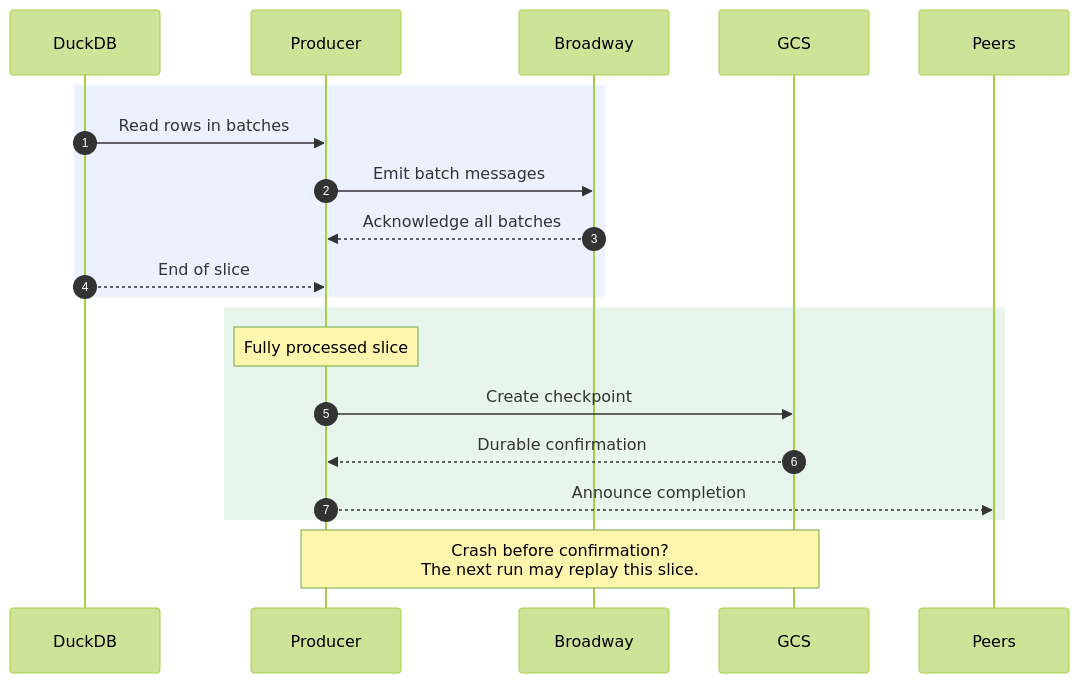
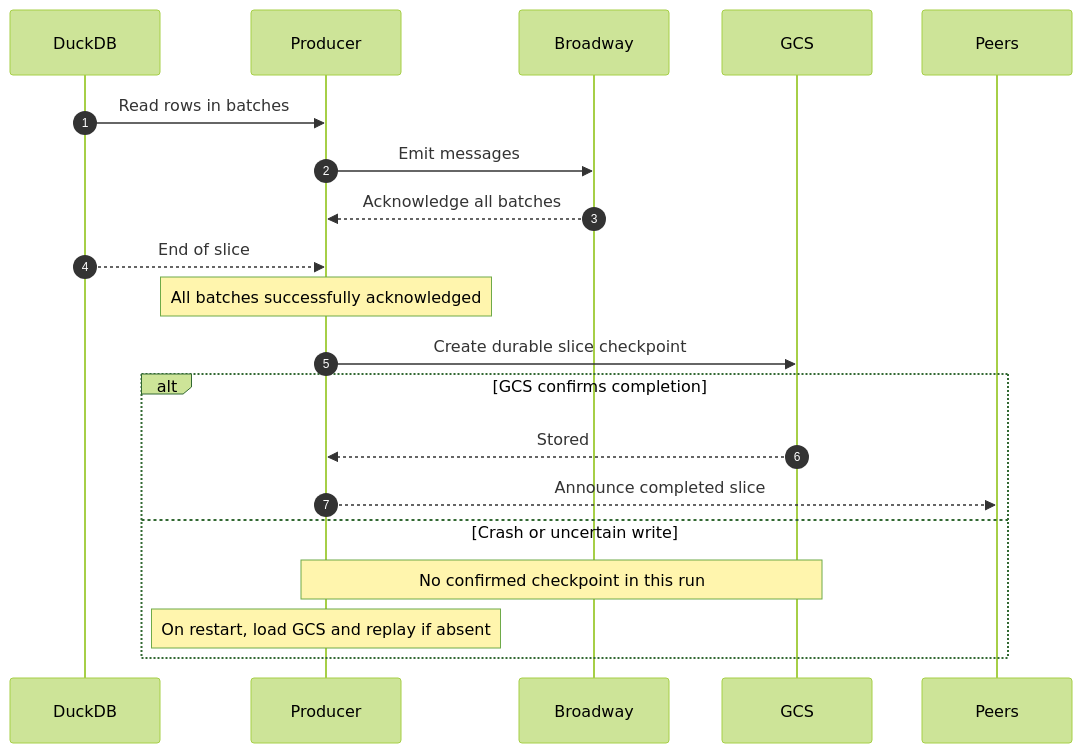
Before and after one commit to efcasado/off_broadway_iceberg: the fourth of 5 diagrams in guides/iceberg-and-duckdb.md, drawn with Mermaid (forest theme). The commit also changed other lines of this file, not shown here.

Commit message:
docs: clarify Mermaid data flow and independent slice readers

````diff
--- a/guides/iceberg-and-duckdb.md
+++ b/guides/iceberg-and-duckdb.md
@@ -402,25 +399,23 @@
 ```mermaid
 sequenceDiagram
     autonumber
     participant D as DuckDB
     participant P as Producer
     participant B as Broadway
     participant G as GCS
     participant O as Peers
 
-    rect rgb(235, 241, 255)
-        D->>P: Read rows in batches
-        P->>B: Emit batch messages
-        B-->>P: Acknowledge all batches
-        D-->>P: End of slice
+    D->>P: Read rows in batches
+    P->>B: Emit messages
+    B-->>P: Acknowledge all batches
+    D-->>P: End of slice
+    Note over P: All batches successfully acknowledged
+    P->>G: Create durable slice checkpoint
+    alt GCS confirms completion
+        G-->>P: Stored
+        P-->>O: Announce completed slice
+    else Crash or uncertain write
+        Note over P,G: No confirmed checkpoint in this run
+        Note over P: On restart, load GCS and replay if absent
     end
-
-    rect rgb(231, 245, 237)
-        Note over P: Fully processed slice
-        P->>G: Create checkpoint
-        G-->>P: Durable confirmation
-        P-->>O: Announce completion
-    end
-
-    Note over P,G: Crash before confirmation?<br/>The next run may replay this slice.
 ```
````
